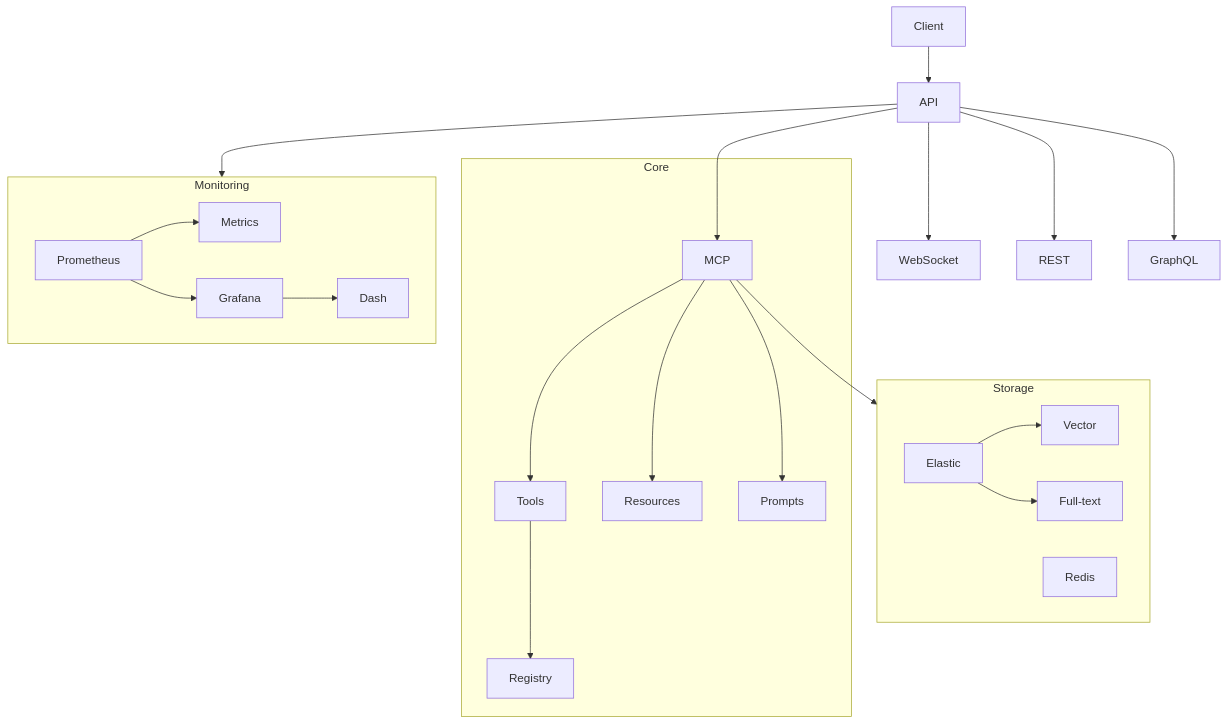
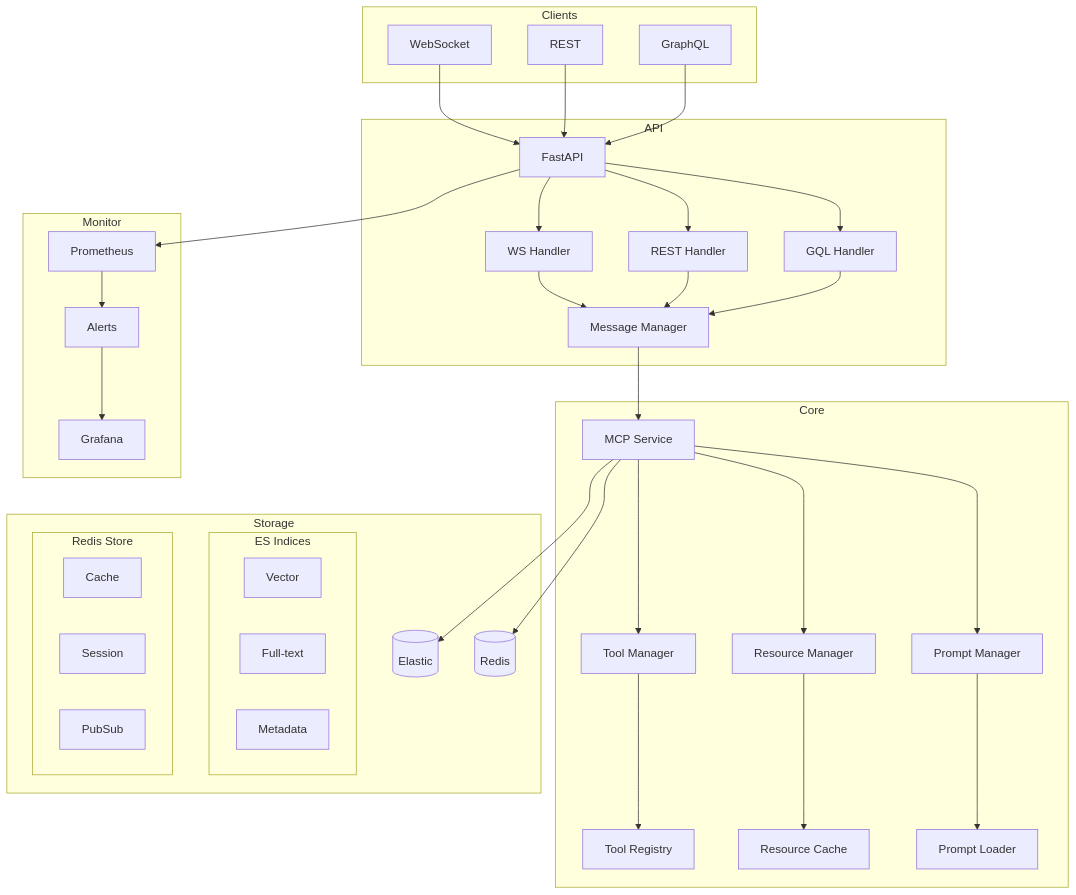
One commit to eagurin/myaiserv changed the diagram in ARCHITECTURE.md. Above: the diagram before and after it, drawn with Mermaid. The commit also changed other lines of this file and 17 other files, not shown here.

````diff
--- a/ARCHITECTURE.md
+++ b/ARCHITECTURE.md
@@ -5,30 +5,76 @@
 ```mermaid
 flowchart TB
-	Client --> API
-	API --> WS[WebSocket]
-	API --> REST
-	API --> GQL[GraphQL]
-	
-	subgraph DB[Storage]
-		ES[Elastic] --> VS[Vector]
-		ES --> FT[Full-text]
-		RD[Redis]
-	end
-	
-	subgraph Core
-		MCP --> TM[Tools]
-		MCP --> RM[Resources]
-		MCP --> PM[Prompts]
-		TM --> TR[Registry]
-	end
-	
-	subgraph Mon[Monitoring]
-		PR[Prometheus] --> MT[Metrics]
-		GR[Grafana] --> DS[Dash]
-		PR --> GR
-	end
-	
-	API --> MCP
-	MCP --> DB
-	API --> Mon
+ subgraph Clients
+  WC[WebSocket]
+  RC[REST]
+  GC[GraphQL]
+ end
+
+ subgraph API
+  FA[FastAPI]
+  WH[WS Handler]
+  RH[REST Handler]
+  GH[GQL Handler]
+  MM[Message Manager]
+  
+  FA --> WH
+  FA --> RH
+  FA --> GH
+  WH --> MM
+  RH --> MM
+  GH --> MM
+ end
+
+ subgraph Core
+  MCP[MCP Service]
+  TM[Tool Manager]
+  RM[Resource Manager]
+  PM[Prompt Manager]
+  TR[Tool Registry]
+  RC2[Resource Cache]
+  PL[Prompt Loader]
+  
+  MM --> MCP
+  MCP --> TM
+  MCP --> RM
+  MCP --> PM
+  TM --> TR
+  RM --> RC2
+  PM --> PL
+ end
+
+ subgraph Storage
+  ES[(Elastic)]
+  RD[(Redis)]
+  
+  subgraph ESI[ES Indices]
+   VI[Vector]
+   FI[Full-text]
+   MI[Metadata]
+  end
+  
+  subgraph RDS[Redis Store]
+   CS[Cache]
+   SS[Session]
+   PS[PubSub]
+  end
+ end
+
+ subgraph Monitor
+  PE[Prometheus]
+  PA[Alerts]
+  GD[Grafana]
+  
+  PE --> PA
+  PA --> GD
+ end
+
+ WC --> FA
+ RC --> FA
+ GC --> FA
+ 
+ MCP --> ES
+ MCP --> RD
+ 
+ FA --> PE
 ```
````
